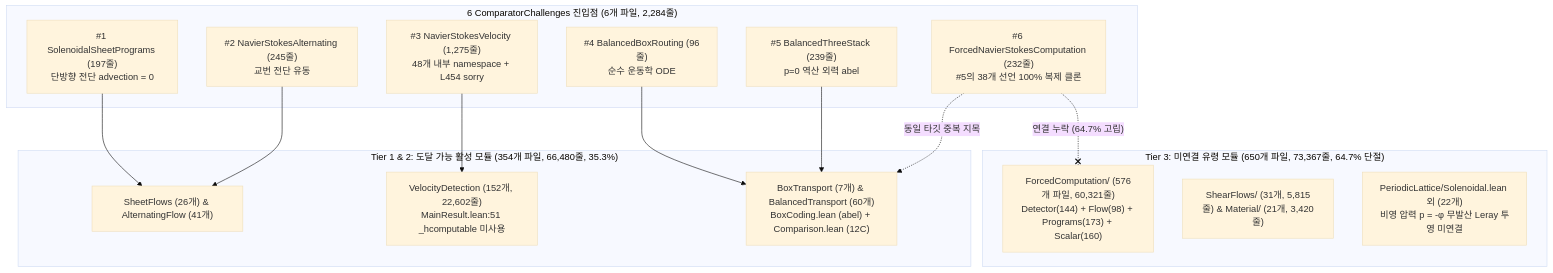
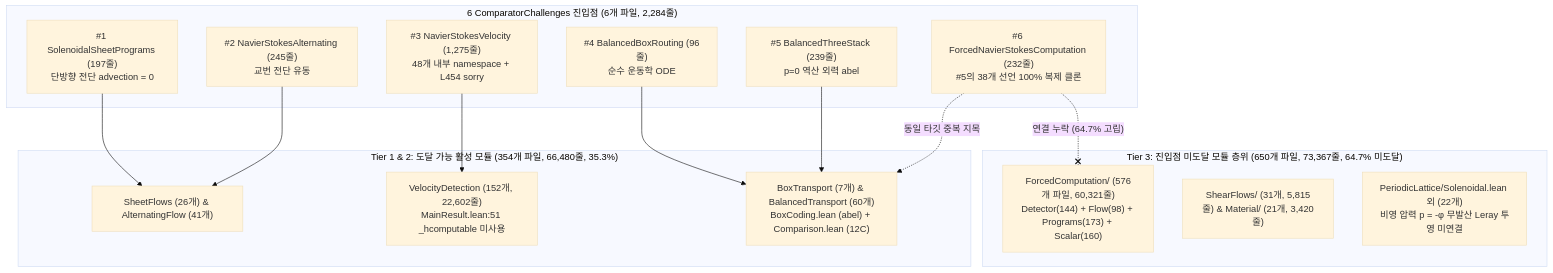
Before and after one commit to gilheumpark-bit/ultari-proof-anatomy: the diagram in anatomy/006-openai-376-navier-stokes/ko/03_전문가용_수리물리및형식증명심사보고서.md, drawn with Mermaid (base theme). The commit also changed other lines of this file and 207 other files, not shown here.

````diff
--- a/anatomy/006-openai-376-navier-stokes/ko/03_전문가용_수리물리및형식증명심사보고서.md
+++ b/anatomy/006-openai-376-navier-stokes/ko/03_전문가용_수리물리및형식증명심사보고서.md
@@ -19,31 +19,31 @@
 ```mermaid
 flowchart TD
     subgraph Challenges["6 ComparatorChallenges 진입점 (6개 파일, 2,284줄)"]
         C1["#1 SolenoidalSheetPrograms (197줄)<br/>단방향 전단 advection = 0"]
         C2["#2 NavierStokesAlternating (245줄)<br/>교번 전단 유동"]
         C3["#3 NavierStokesVelocity (1,275줄)<br/>48개 내부 namespace + L454 sorry"]
         C4["#4 BalancedBoxRouting (96줄)<br/>순수 운동학 ODE"]
         C5["#5 BalancedThreeStack (239줄)<br/>p=0 역산 외력 abel"]
         C6["#6 ForcedNavierStokesComputation (232줄)<br/>#5의 38개 선언 100% 복제 클론"]
     end
 
     subgraph Reachable["Tier 1 & 2: 도달 가능 활성 모듈 (354개 파일, 66,480줄, 35.3%)"]
         R1["SheetFlows (26개) & AlternatingFlow (41개)"]
         R2["VelocityDetection (152개, 22,602줄)<br/>MainResult.lean:51 _hcomputable 미사용"]
         R3["BoxTransport (7개) & BalancedTransport (60개)<br/>BoxCoding.lean (abel) + Comparison.lean (12C)"]
     end
 
-    subgraph Orphaned["Tier 3: 미연결 유령 모듈 (650개 파일, 73,367줄, 64.7% 단절)"]
+    subgraph Orphaned["Tier 3: 진입점 미도달 모듈 층위 (650개 파일, 73,367줄, 64.7% 미도달)"]
         O1["ForcedComputation/ (576개 파일, 60,321줄)<br/>Detector(144) + Flow(98) + Programs(173) + Scalar(160)"]
         O2["ShearFlows/ (31개, 5,815줄) & Material/ (21개, 3,420줄)"]
         O3["PeriodicLattice/Solenoidal.lean 외 (22개)<br/>비영 압력 p = -φ 무발산 Leray 투영 미연결"]
     end
 
     C1 --> R1
     C2 --> R1
     C3 --> R2
     C4 --> R3
     C5 --> R3
     C6 -. "동일 타깃 중복 지목" .-> R3
     C6 -.-x|"연결 누락 (64.7% 고립)"| O1
 ```
````
